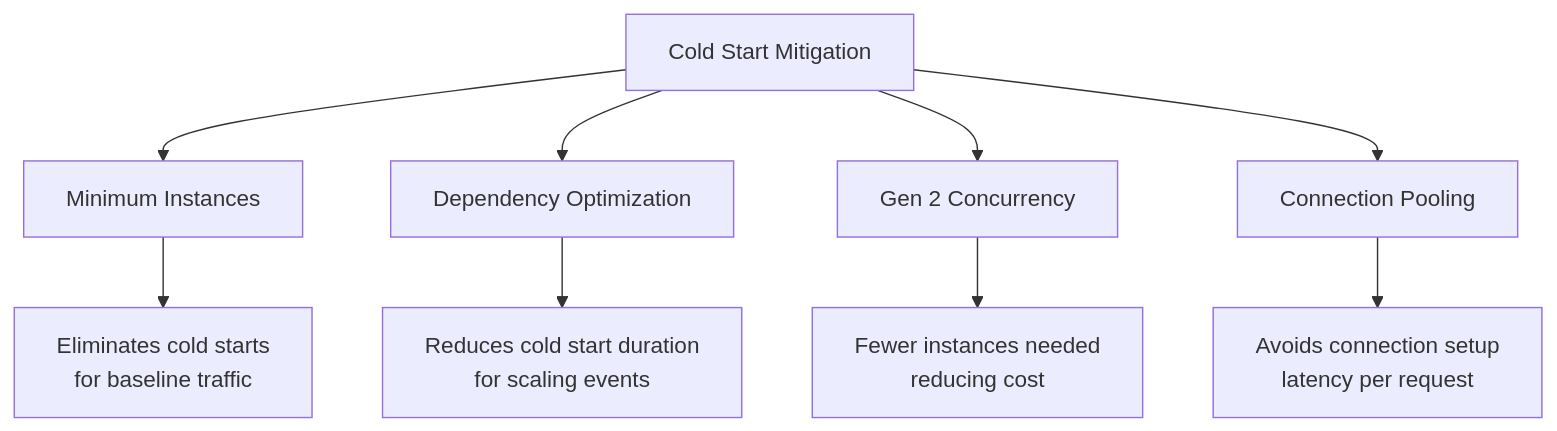
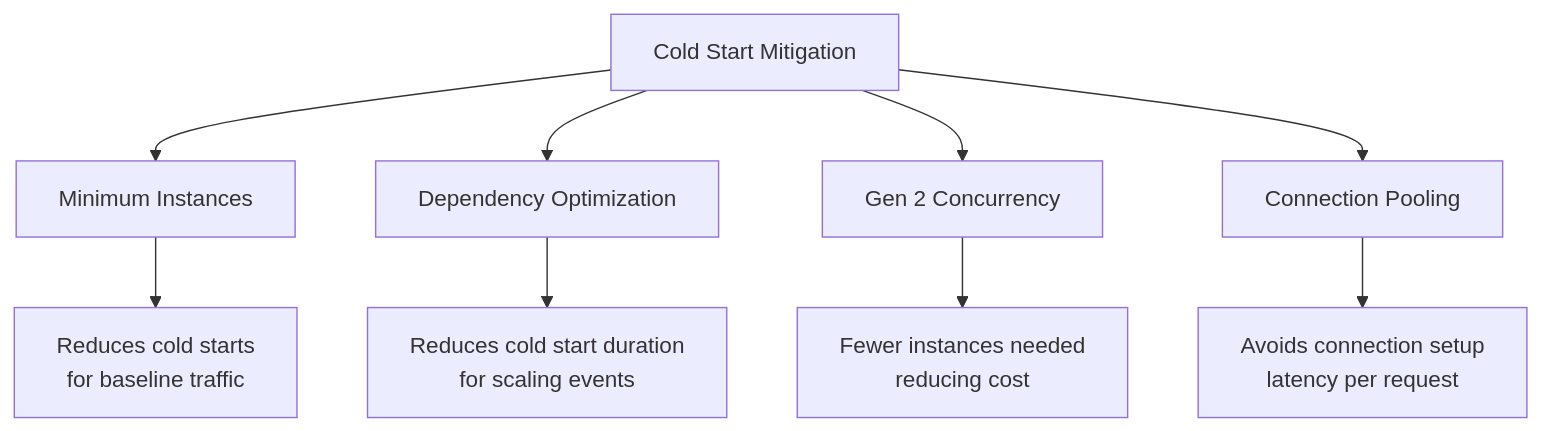
Before and after one commit to OneUptime/blog: the diagram in posts/2026-02-17-how-to-configure-minimum-instances-for-cloud-functions-to-eliminate-cold-starts/README.md, drawn with Mermaid. The commit also changed other lines of this file and 2 other files, not shown here.

Commit message:
validate: 2026-02-17-how-to-configure-minimum-instances-for-cloud-functions-to-eliminate-cold-starts

````diff
--- a/posts/2026-02-17-how-to-configure-minimum-instances-for-cloud-functions-to-eliminate-cold-starts/README.md
+++ b/posts/2026-02-17-how-to-configure-minimum-instances-for-cloud-functions-to-eliminate-cold-starts/README.md
@@ -149,11 +144,11 @@
 ```mermaid
 graph TD
     A[Cold Start Mitigation] --> B[Minimum Instances]
     A --> C[Dependency Optimization]
     A --> D[Gen 2 Concurrency]
     A --> E[Connection Pooling]
-    B --> F[Eliminates cold starts<br>for baseline traffic]
+    B --> F[Reduces cold starts<br>for baseline traffic]
     C --> G[Reduces cold start duration<br>for scaling events]
     D --> H[Fewer instances needed<br>reducing cost]
     E --> I[Avoids connection setup<br>latency per request]
 ```
````
